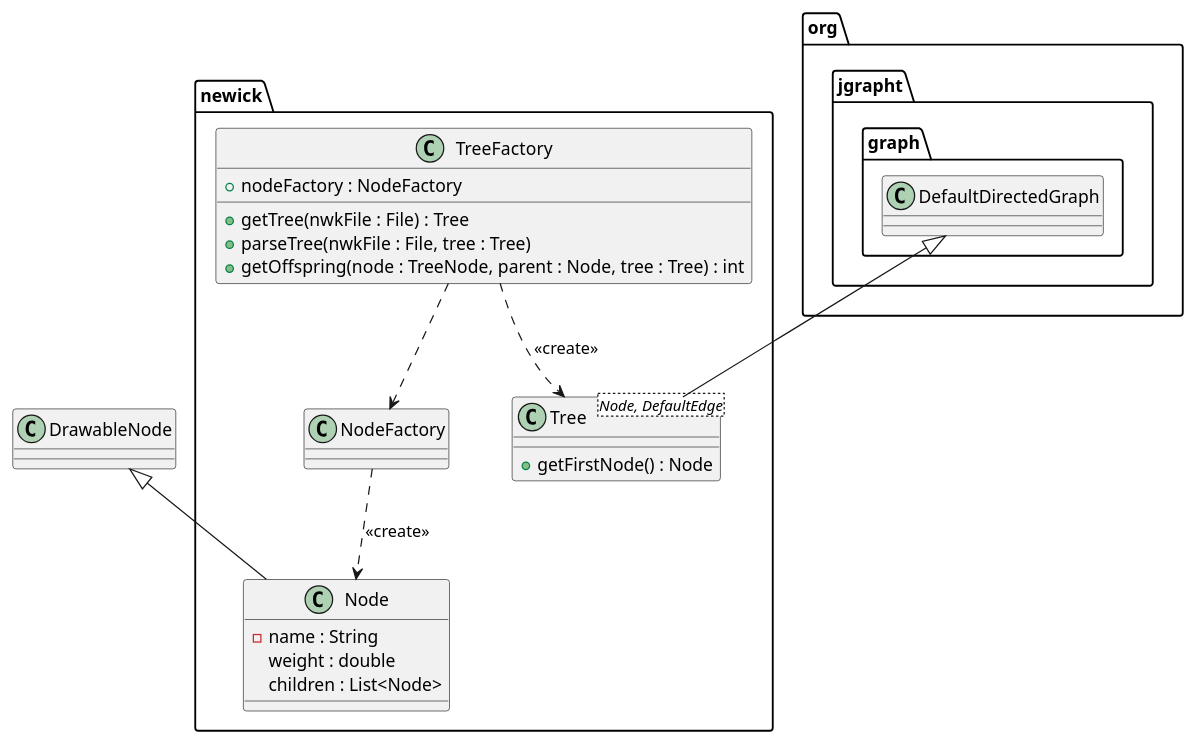
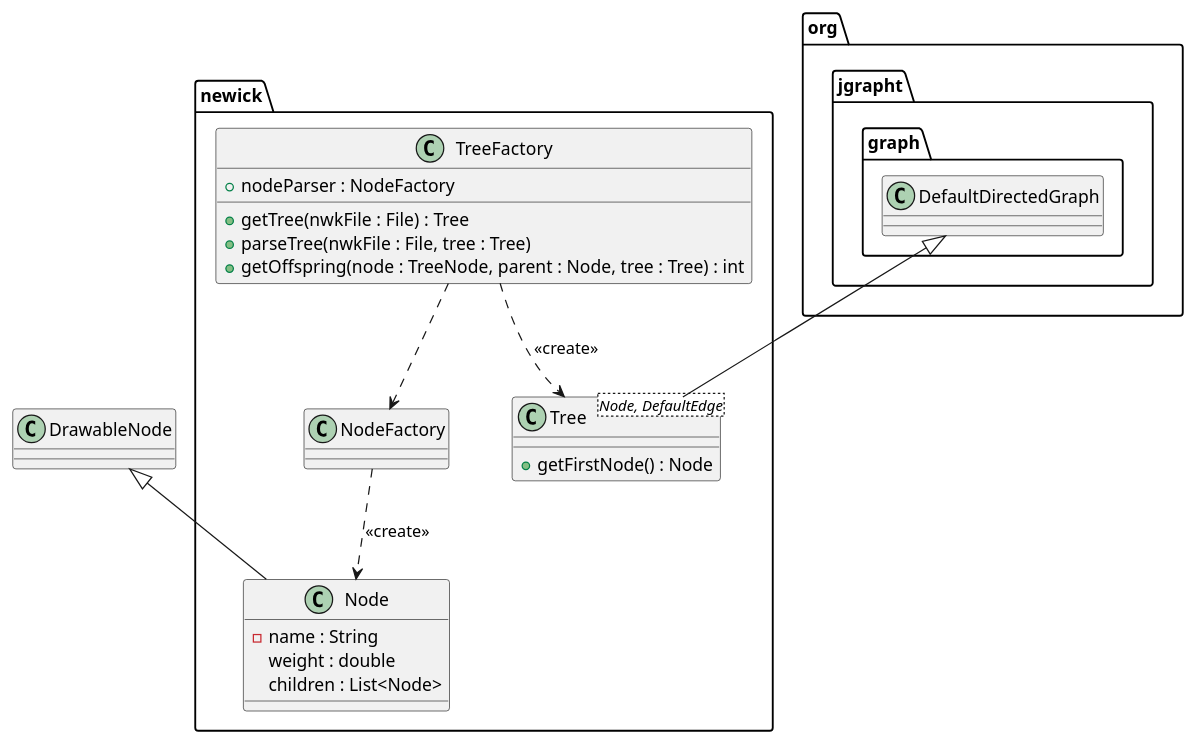
The diagram in diagrams/newick.puml (ProgrammingLife2015/geex), drawn with PlantUML before and after one commit. The commit also changed 17 other files, not shown here.

Commit message:
Graph loads now from a map of graphs.

```diff
--- a/diagrams/newick.puml
+++ b/diagrams/newick.puml
@@ -1,25 +1,25 @@
 @startuml
 
 class newick.Node extends DrawableNode {
     - name : String
     weight : double
     children : List<Node>
 }
 class newick.NodeFactory
 class newick.Tree<Node, DefaultEdge> extends org.jgrapht.graph.DefaultDirectedGraph {
     +getFirstNode() : Node
 }
 class newick.TreeFactory {
-    + nodeFactory : NodeFactory
+    + nodeParser : NodeFactory
 
     +getTree(nwkFile : File) : Tree
     +parseTree(nwkFile : File, tree : Tree)
     +getOffspring(node : TreeNode, parent : Node, tree : Tree) : int
 }
 
 newick.TreeFactory ..> newick.Tree : << create >>
 newick.TreeFactory ..> newick.NodeFactory
 newick.NodeFactory ..> newick.Node : << create >>
 
 
 @enduml
```
